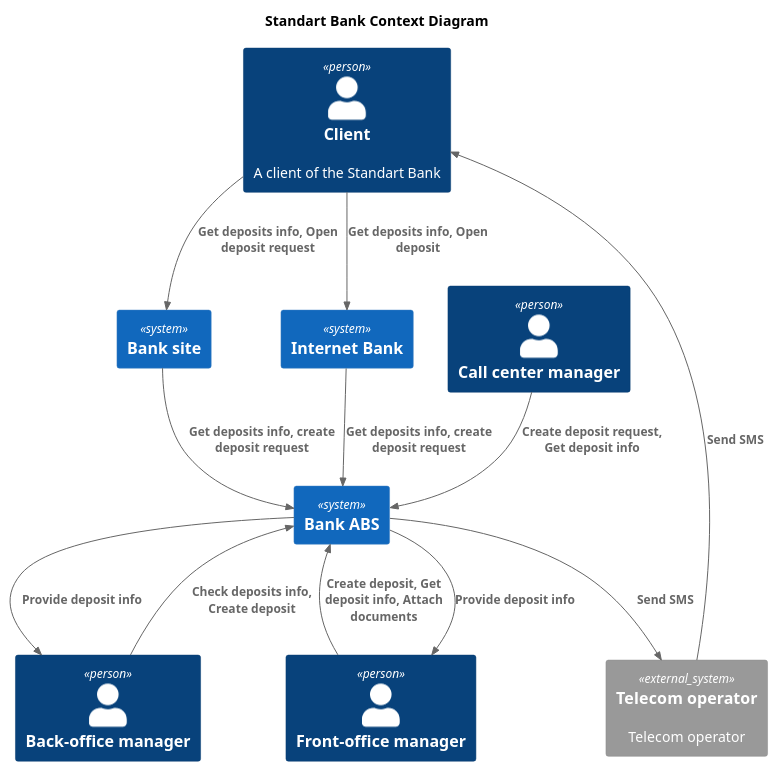
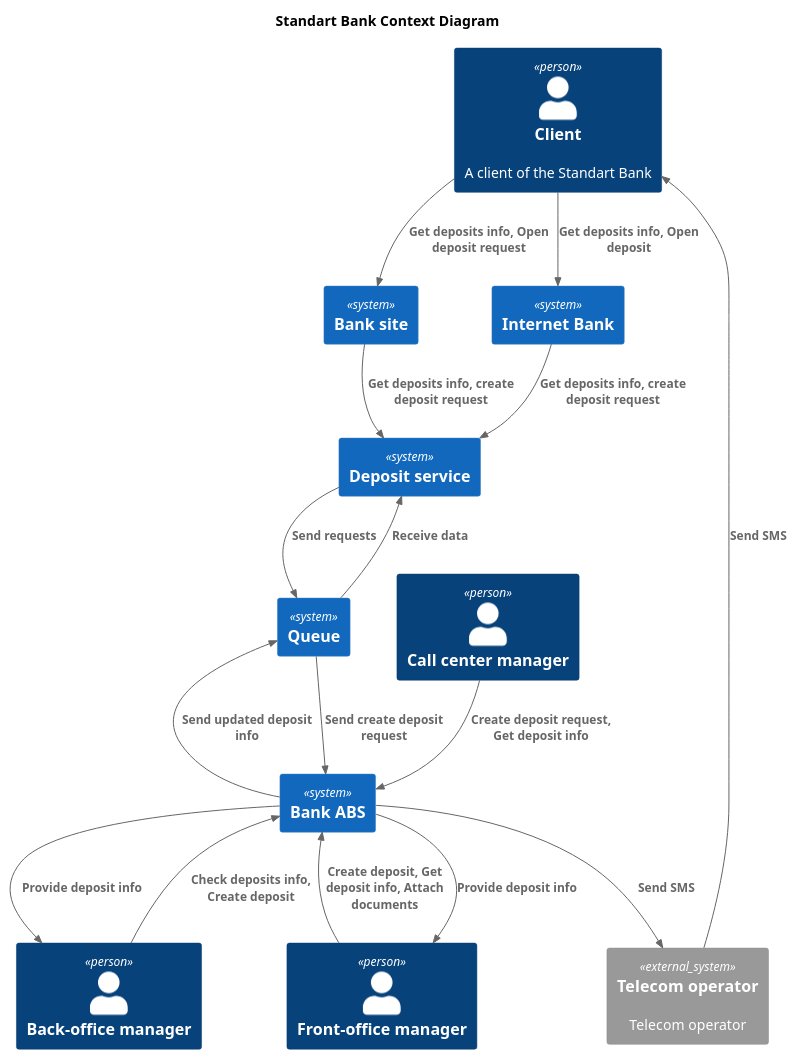
One commit to ArtificeDeLite/architecture-standart changed the diagram in Task3/Context.puml. Above: the diagram before and after it, drawn with PlantUML. The commit also changed 4 other files, not shown here.

```diff
--- a/Task3/Context.puml
+++ b/Task3/Context.puml
@@ -1,31 +1,37 @@
 @startuml
 title Standart Bank Context Diagram
 
 top to bottom direction
 
 !includeurl https://raw.githubusercontent.com/RicardoNiepel/C4-PlantUML/master/C4_Component.puml
 
 Person(client, "Client", "A client of the Standart Bank")
 Person(frontOfficeManager, "Front-office manager")
 Person(backOfficeManager, "Back-office manager")
 Person(callManager, "Call center manager")
 System(internetBank, "Internet Bank")
 System(site, "Bank site")
+System(depositService, "Deposit service")
+System(queue, "Queue")
 System(ABS, "Bank ABS")
 
 System_Ext(telecom, "Telecom operator", "Telecom operator")
 
 Rel(client, internetBank, "Get deposits info, Open deposit")
 Rel(client, site, "Get deposits info, Open deposit request")
 Rel(frontOfficeManager, ABS, "Create deposit, Get deposit info, Attach documents")
 Rel(ABS, frontOfficeManager, "Provide deposit info")
 Rel(backOfficeManager, ABS, "Check deposits info, Create deposit")
 Rel(ABS, backOfficeManager, "Provide deposit info")
 Rel(callManager, ABS, "Create deposit request, Get deposit info")
 
 Rel(ABS,telecom, "Send SMS")
-Rel(internetBank, ABS, "Get deposits info, create deposit request")
-Rel(site, ABS,"Get deposits info, create deposit request")
+Rel(site, depositService, "Get deposits info, create deposit request")
+Rel(internetBank, depositService, "Get deposits info, create deposit request")
+Rel(depositService, queue, "Send requests")
+Rel(queue, depositService, "Receive data")
+Rel(queue, ABS, "Send create deposit request")
+Rel(ABS, queue, "Send updated deposit info")
 Rel(telecom, client, "Send SMS")
 
 @enduml
```
